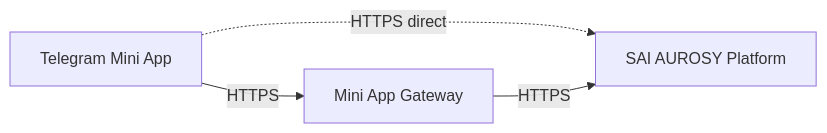
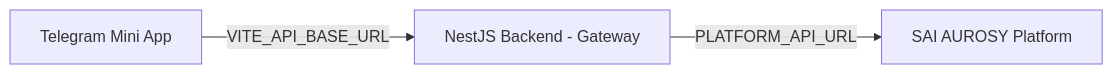
One commit to Saitosar/sai-aurosy-telegram-mini-app changed the second of 2 diagrams in docs/architecture/backend-architecture.md. Above: the diagram before and after it, drawn with Mermaid. The commit also changed other lines of this file and 45 other files, not shown here.

Commit message:
Update environment configuration, enhance README, and refine backend architecture documentation. Added new dependencies for TON Connect and React Three Fiber, and improved API integration details in various documentation files.

````diff
--- a/docs/architecture/backend-architecture.md
+++ b/docs/architecture/backend-architecture.md
@@ -91,9 +97,8 @@
 ```mermaid
 flowchart LR
     App[Telegram Mini App]
-    Gateway[Mini App Gateway]
+    Backend[NestJS Backend - Gateway]
     Platform[SAI AUROSY Platform]
-    App -->|"HTTPS"| Gateway
-    App -.->|"HTTPS direct"| Platform
-    Gateway -->|"HTTPS"| Platform
+    App -->|"VITE_API_BASE_URL"| Backend
+    Backend -->|"PLATFORM_API_URL"| Platform
 ```
````
